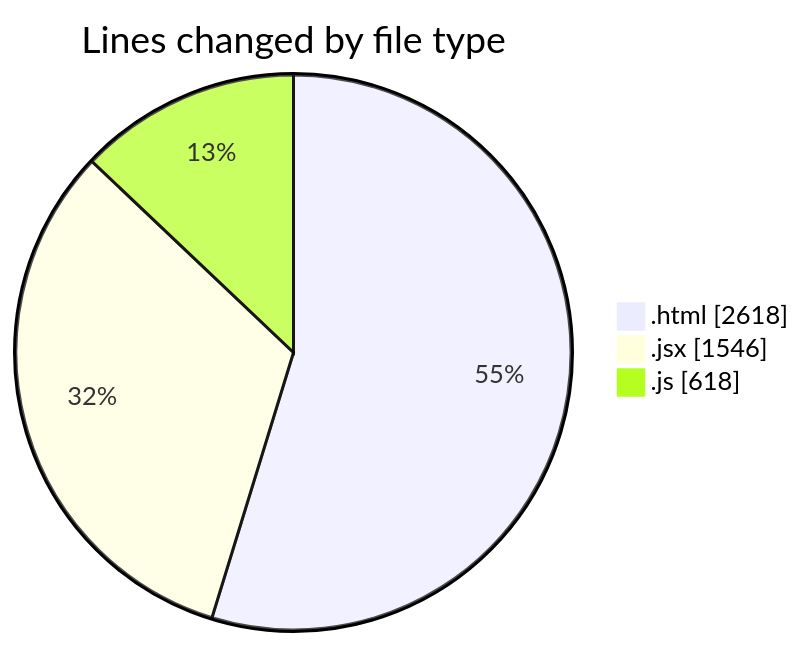
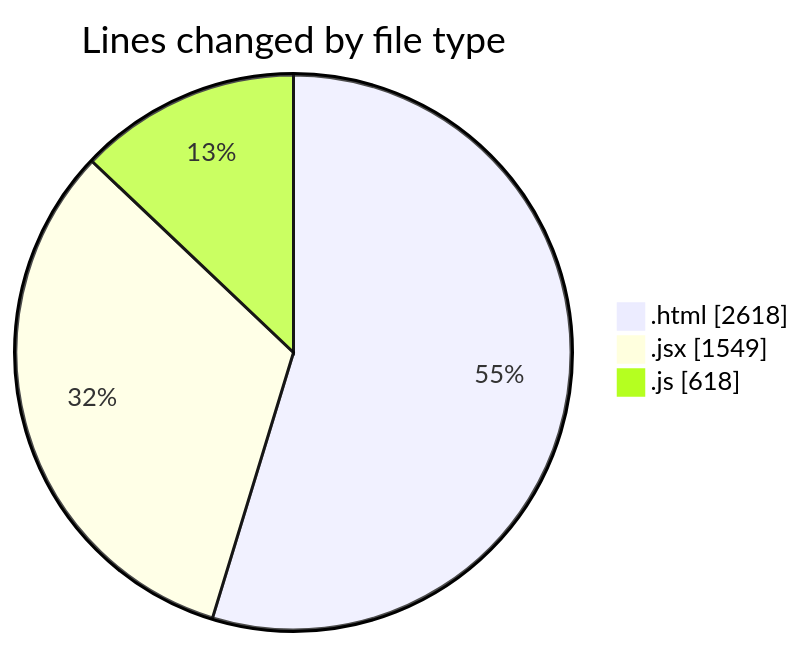
The first of 2 diagrams in 2025-08-08/nxtqube_webapp/README.md (nxtqubesakshisongat/code-tracking), drawn with Mermaid before and after one commit. The commit also changed other lines of this file and 1 other file, not shown here.

````diff
--- a/2025-08-08/nxtqube_webapp/README.md
+++ b/2025-08-08/nxtqube_webapp/README.md
@@ -23,7 +23,7 @@
 ```mermaid
 pie showData
 title Lines changed by file type
 ".html" : 2618
-".jsx" : 1546
+".jsx" : 1549
 ".js" : 618
 ```
````
